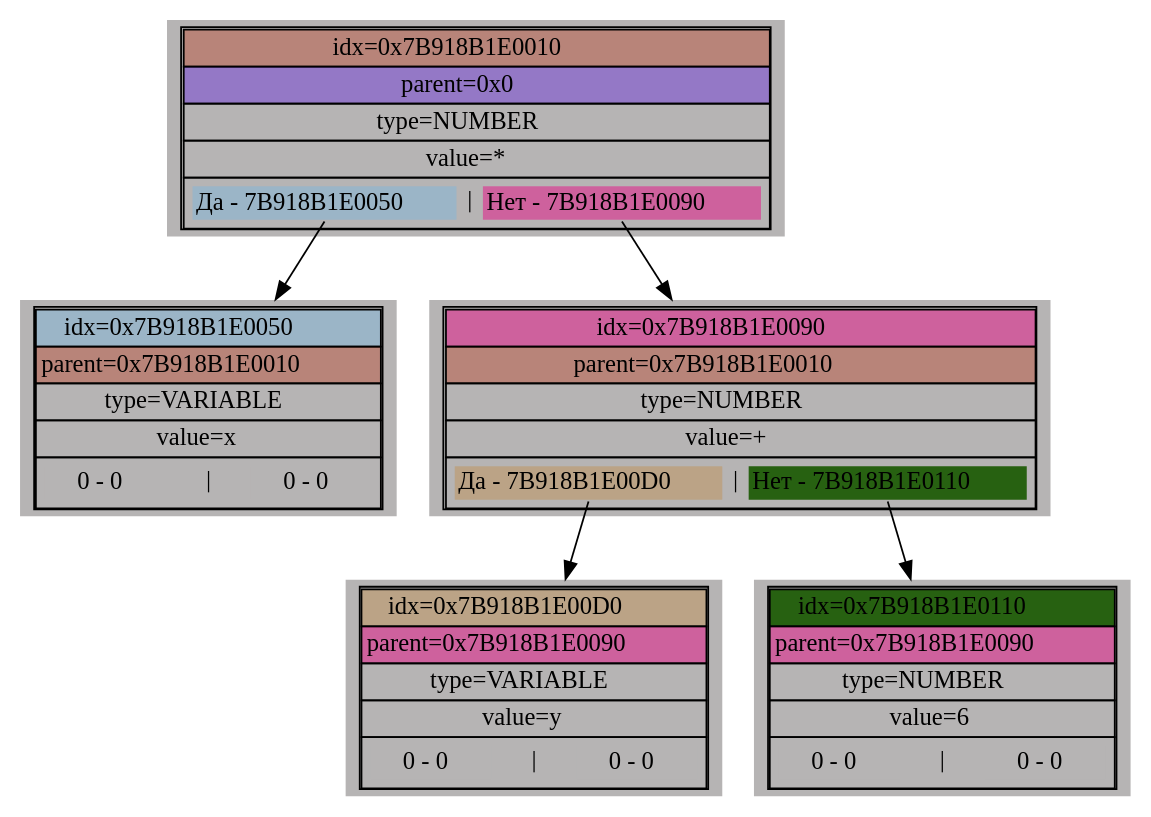
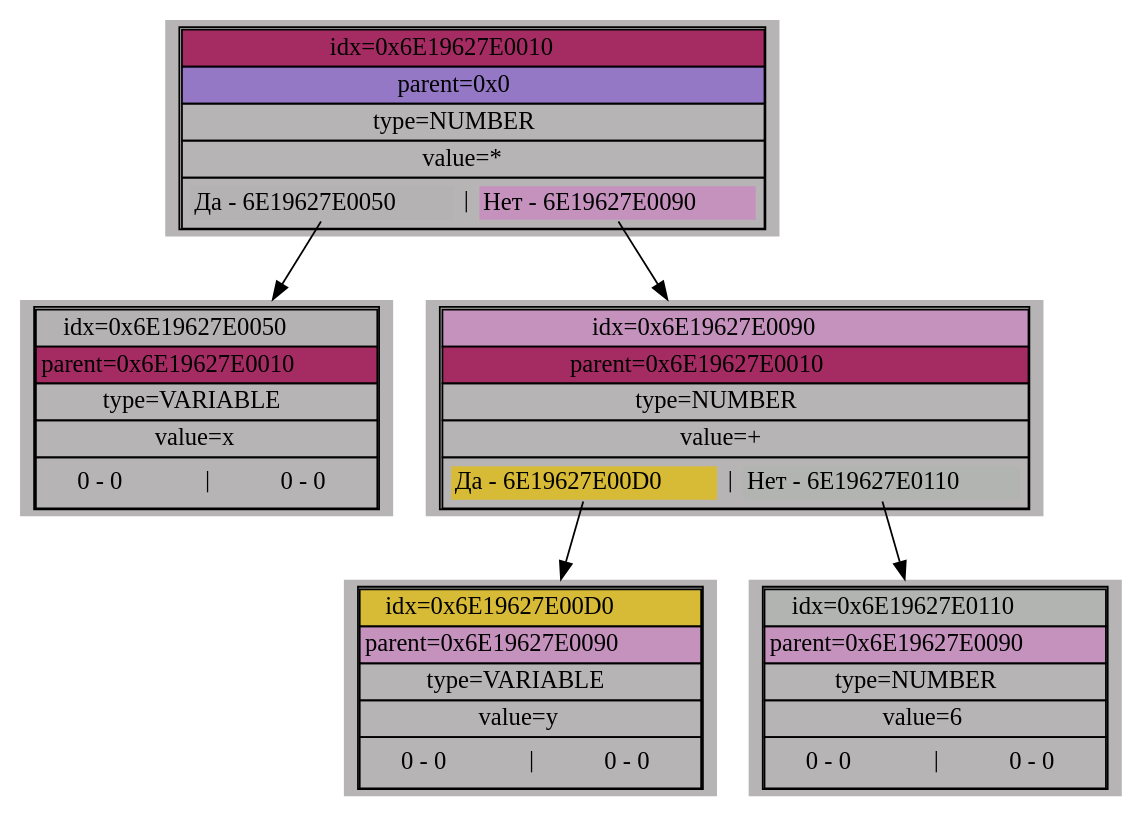
The diagram in dump/images/image0.dot (NeonVP/My-Differentiator), drawn with Graphviz before and after one commit. The commit also changed 5 other files, not shown here.

```diff
--- a/dump/images/image0.dot
+++ b/dump/images/image0.dot
@@ -1,142 +1,142 @@
 digraph {
 	splines=line;
-	node_7B918B1E0010 [shape=plaintext; style=filled; color=black; fillcolor="#B6B4B4"; label=< 
+	node_6E19627E0010 [shape=plaintext; style=filled; color=black; fillcolor="#B6B4B4"; label=< 
 	<TABLE BORDER="1" CELLBORDER="1" CELLSPACING="0" ALIGN="CENTER"> 
 		<TR> 
-			<TD PORT="idx" BGCOLOR="#BB2B0D5A">idx=0x7B918B1E0010</TD> 
+			<TD PORT="idx" BGCOLOR="#A41B58E1">idx=0x6E19627E0010</TD> 
 		</TR> 
 		<TR> 
 			<TD PORT="parent" BGCOLOR="#6522DF69">parent=0x0</TD> 
 		</TR> 
 		<TR> 
 			<TD PORT="type">type=NUMBER</TD> 
 		</TR> 
 		<TR> 
 			<TD PORT="value">value=*</TD> 
 		</TR> 
 		<TR> 
 			<TD> 
 				<TABLE BORDER="0" CELLBORDER="0" CELLSPACING="2" ALIGN="CENTER"> 
 					<TR> 
-						<TD PORT="left" BGCOLOR="#92B6CFB7">Да - 7B918B1E0050</TD> 
+						<TD PORT="left" BGCOLOR="#8D869A0C">Да - 6E19627E0050</TD> 
 						<TD><FONT POINT-SIZE="10">│</FONT></TD> 
-						<TD PORT="right" BGCOLOR="#E8108880">Нет - 7B918B1E0090</TD> 
+						<TD PORT="right" BGCOLOR="#F720DD3B">Нет - 6E19627E0090</TD> 
 					</TR> 
 				</TABLE> 
 			</TD> 
 		</TR> 
 	</TABLE> 
 	>]; 
-	node_7B918B1E0010:left:s->node_7B918B1E0050
-	node_7B918B1E0050 [shape=plaintext; style=filled; color=black; fillcolor="#B6B4B4"; label=< 
+	node_6E19627E0010:left:s->node_6E19627E0050
+	node_6E19627E0050 [shape=plaintext; style=filled; color=black; fillcolor="#B6B4B4"; label=< 
 	<TABLE BORDER="1" CELLBORDER="1" CELLSPACING="0" ALIGN="CENTER"> 
 		<TR> 
-			<TD PORT="idx" BGCOLOR="#92B6CFB7">idx=0x7B918B1E0050</TD> 
+			<TD PORT="idx" BGCOLOR="#8D869A0C">idx=0x6E19627E0050</TD> 
 		</TR> 
 		<TR> 
-			<TD PORT="parent" BGCOLOR="#BB2B0D5A">parent=0x7B918B1E0010</TD> 
+			<TD PORT="parent" BGCOLOR="#A41B58E1">parent=0x6E19627E0010</TD> 
 		</TR> 
 		<TR> 
 			<TD PORT="type">type=VARIABLE</TD> 
 		</TR> 
 		<TR> 
 			<TD PORT="value">value=x</TD> 
 		</TR> 
 		<TR> 
 			<TD> 
 				<TABLE BORDER="0" CELLBORDER="0" CELLSPACING="2" ALIGN="CENTER"> 
 					<TR> 
 						<TD PORT="left" BGCOLOR="#B6B4B4">0 - 0</TD> 
 						<TD><FONT POINT-SIZE="10">│</FONT></TD> 
 						<TD PORT="right" BGCOLOR="#B6B4B4">0 - 0</TD> 
 					</TR> 
 				</TABLE> 
 			</TD> 
 		</TR> 
 	</TABLE> 
 	>]; 
-	node_7B918B1E0010:right:s->node_7B918B1E0090
-	node_7B918B1E0090 [shape=plaintext; style=filled; color=black; fillcolor="#B6B4B4"; label=< 
+	node_6E19627E0010:right:s->node_6E19627E0090
+	node_6E19627E0090 [shape=plaintext; style=filled; color=black; fillcolor="#B6B4B4"; label=< 
 	<TABLE BORDER="1" CELLBORDER="1" CELLSPACING="0" ALIGN="CENTER"> 
 		<TR> 
-			<TD PORT="idx" BGCOLOR="#E8108880">idx=0x7B918B1E0090</TD> 
+			<TD PORT="idx" BGCOLOR="#F720DD3B">idx=0x6E19627E0090</TD> 
 		</TR> 
 		<TR> 
-			<TD PORT="parent" BGCOLOR="#BB2B0D5A">parent=0x7B918B1E0010</TD> 
+			<TD PORT="parent" BGCOLOR="#A41B58E1">parent=0x6E19627E0010</TD> 
 		</TR> 
 		<TR> 
 			<TD PORT="type">type=NUMBER</TD> 
 		</TR> 
 		<TR> 
 			<TD PORT="value">value=+</TD> 
 		</TR> 
 		<TR> 
 			<TD> 
 				<TABLE BORDER="0" CELLBORDER="0" CELLSPACING="2" ALIGN="CENTER"> 
 					<TR> 
-						<TD PORT="left" BGCOLOR="#C18D4A6D">Да - 7B918B1E00D0</TD> 
+						<TD PORT="left" BGCOLOR="#DEBD1FD6">Да - 6E19627E00D0</TD> 
 						<TD><FONT POINT-SIZE="10">│</FONT></TD> 
-						<TD PORT="right" BGCOLOR="#1D5C06EE">Нет - 7B918B1E0110</TD> 
+						<TD PORT="right" BGCOLOR="#26C5355">Нет - 6E19627E0110</TD> 
 					</TR> 
 				</TABLE> 
 			</TD> 
 		</TR> 
 	</TABLE> 
 	>]; 
-	node_7B918B1E0090:left:s->node_7B918B1E00D0
-	node_7B918B1E00D0 [shape=plaintext; style=filled; color=black; fillcolor="#B6B4B4"; label=< 
+	node_6E19627E0090:left:s->node_6E19627E00D0
+	node_6E19627E00D0 [shape=plaintext; style=filled; color=black; fillcolor="#B6B4B4"; label=< 
 	<TABLE BORDER="1" CELLBORDER="1" CELLSPACING="0" ALIGN="CENTER"> 
 		<TR> 
-			<TD PORT="idx" BGCOLOR="#C18D4A6D">idx=0x7B918B1E00D0</TD> 
+			<TD PORT="idx" BGCOLOR="#DEBD1FD6">idx=0x6E19627E00D0</TD> 
 		</TR> 
 		<TR> 
-			<TD PORT="parent" BGCOLOR="#E8108880">parent=0x7B918B1E0090</TD> 
+			<TD PORT="parent" BGCOLOR="#F720DD3B">parent=0x6E19627E0090</TD> 
 		</TR> 
 		<TR> 
 			<TD PORT="type">type=VARIABLE</TD> 
 		</TR> 
 		<TR> 
 			<TD PORT="value">value=y</TD> 
 		</TR> 
 		<TR> 
 			<TD> 
 				<TABLE BORDER="0" CELLBORDER="0" CELLSPACING="2" ALIGN="CENTER"> 
 					<TR> 
 						<TD PORT="left" BGCOLOR="#B6B4B4">0 - 0</TD> 
 						<TD><FONT POINT-SIZE="10">│</FONT></TD> 
 						<TD PORT="right" BGCOLOR="#B6B4B4">0 - 0</TD> 
 					</TR> 
 				</TABLE> 
 			</TD> 
 		</TR> 
 	</TABLE> 
 	>]; 
-	node_7B918B1E0090:right:s->node_7B918B1E0110
-	node_7B918B1E0110 [shape=plaintext; style=filled; color=black; fillcolor="#B6B4B4"; label=< 
+	node_6E19627E0090:right:s->node_6E19627E0110
+	node_6E19627E0110 [shape=plaintext; style=filled; color=black; fillcolor="#B6B4B4"; label=< 
 	<TABLE BORDER="1" CELLBORDER="1" CELLSPACING="0" ALIGN="CENTER"> 
 		<TR> 
-			<TD PORT="idx" BGCOLOR="#1D5C06EE">idx=0x7B918B1E0110</TD> 
+			<TD PORT="idx" BGCOLOR="#26C5355">idx=0x6E19627E0110</TD> 
 		</TR> 
 		<TR> 
-			<TD PORT="parent" BGCOLOR="#E8108880">parent=0x7B918B1E0090</TD> 
+			<TD PORT="parent" BGCOLOR="#F720DD3B">parent=0x6E19627E0090</TD> 
 		</TR> 
 		<TR> 
 			<TD PORT="type">type=NUMBER</TD> 
 		</TR> 
 		<TR> 
 			<TD PORT="value">value=6</TD> 
 		</TR> 
 		<TR> 
 			<TD> 
 				<TABLE BORDER="0" CELLBORDER="0" CELLSPACING="2" ALIGN="CENTER"> 
 					<TR> 
 						<TD PORT="left" BGCOLOR="#B6B4B4">0 - 0</TD> 
 						<TD><FONT POINT-SIZE="10">│</FONT></TD> 
 						<TD PORT="right" BGCOLOR="#B6B4B4">0 - 0</TD> 
 					</TR> 
 				</TABLE> 
 			</TD> 
 		</TR> 
 	</TABLE> 
 	>]; 
 }
```
